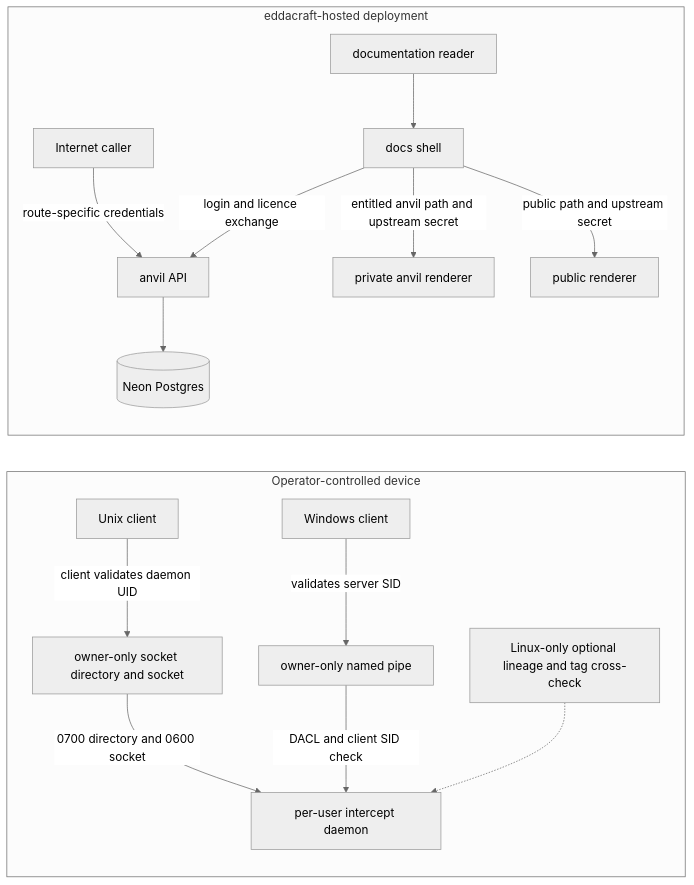
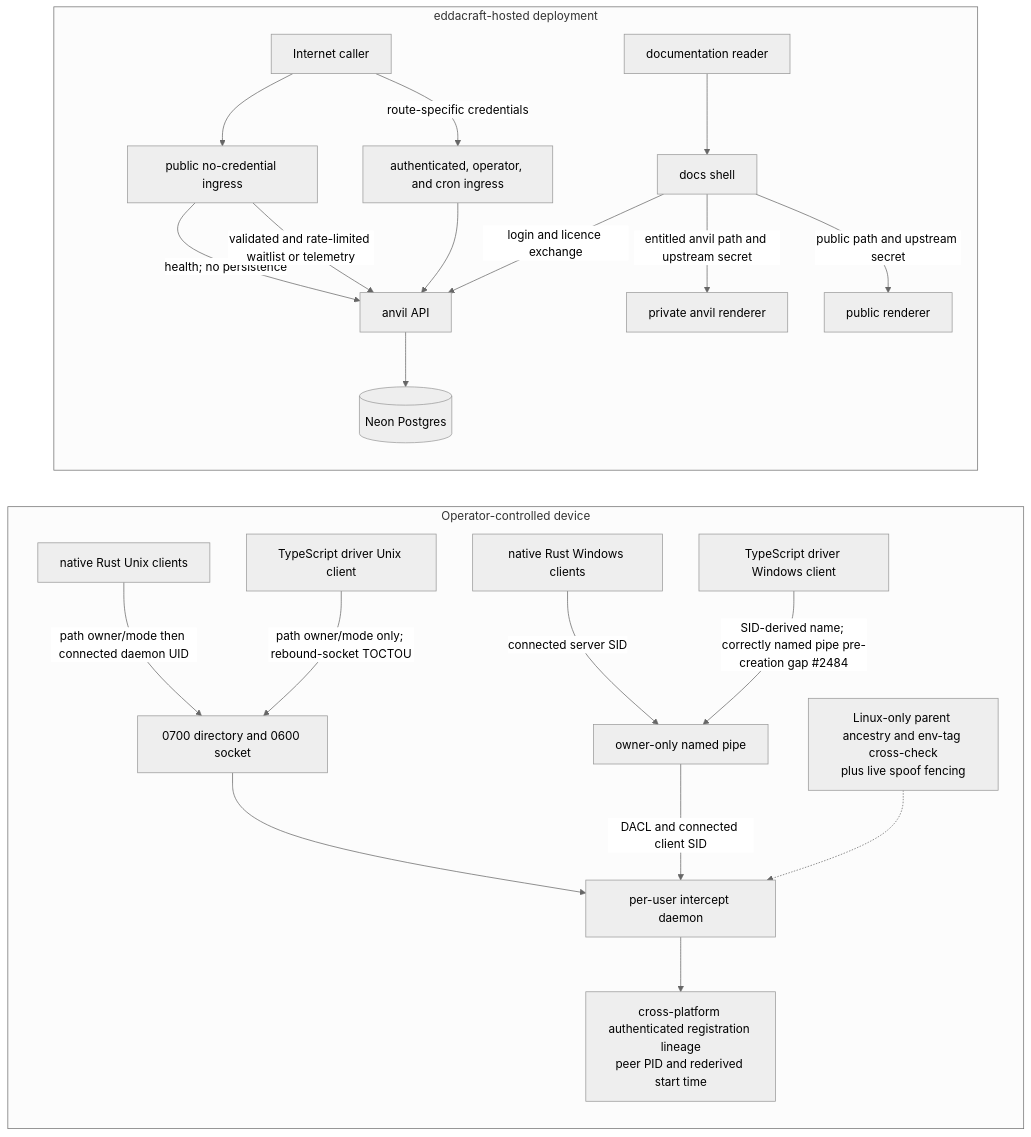
Before and after one commit to eddacraft/eddacraft-tui: the diagram in docs/architecture/trust-and-deployment-boundaries.md, drawn with Mermaid (neutral theme). The commit also changed other lines of this file and 12 other files, not shown here.

First line of the commit message:
docs(architecture): repair central view accuracy

````diff
--- a/docs/architecture/trust-and-deployment-boundaries.md
+++ b/docs/architecture/trust-and-deployment-boundaries.md
@@ -24,34 +24,47 @@
 ```mermaid
 flowchart LR
     subgraph Device["Operator-controlled device"]
-        UnixClient[Unix client]
-        UnixIPC[owner-only socket directory and socket]
-        WindowsClient[Windows client]
+        NativeUnix[native Rust Unix clients]
+        TSUnix[TypeScript driver Unix client]
+        UnixIPC[0700 directory and 0600 socket]
+        NativeWindows[native Rust Windows clients]
+        TSWindows[TypeScript driver Windows client]
         WindowsIPC[owner-only named pipe]
         Daemon[per-user intercept daemon]
-        LinuxExtra[Linux-only optional lineage and tag cross-check]
+        Registration[cross-platform authenticated registration lineage<br/>peer PID and rederived start time]
+        LinuxExtra[Linux-only parent ancestry and env-tag cross-check<br/>plus live spoof fencing]
 
-        UnixClient -->|client validates daemon UID| UnixIPC
-        UnixIPC -->|0700 directory and 0600 socket| Daemon
-        WindowsClient -->|validates server SID| WindowsIPC
-        WindowsIPC -->|DACL and client SID check| Daemon
+        NativeUnix -->|path owner/mode then connected daemon UID| UnixIPC
+        TSUnix -->|path owner/mode only; rebound-socket TOCTOU| UnixIPC
+        UnixIPC --> Daemon
+        NativeWindows -->|connected server SID| WindowsIPC
+        TSWindows -->|SID-derived name; correctly named pipe pre-creation gap #2484| WindowsIPC
+        WindowsIPC -->|DACL and connected client SID| Daemon
+        Daemon --> Registration
         LinuxExtra -.-> Daemon
     end
 
     subgraph Hosted["eddacraft-hosted deployment"]
         Internet[Internet caller]
         API[anvil API]
         Data[(Neon Postgres)]
         Reader[documentation reader]
         Shell[docs shell]
         Private[private anvil renderer]
-        Public[public renderer]
+        PublicRenderer[public renderer]
 
-        Internet -->|route-specific credentials| API
+        PublicIngress[public no-credential ingress]
+        Protected[authenticated, operator, and cron ingress]
+
+        Internet --> PublicIngress
+        Internet -->|route-specific credentials| Protected
+        PublicIngress -->|health; no persistence| API
+        PublicIngress -->|validated and rate-limited waitlist or telemetry| API
+        Protected --> API
         API --> Data
         Reader --> Shell
         Shell -->|login and licence exchange| API
         Shell -->|entitled anvil path and upstream secret| Private
-        Shell -->|public path and upstream secret| Public
+        Shell -->|public path and upstream secret| PublicRenderer
     end
 ```
````
